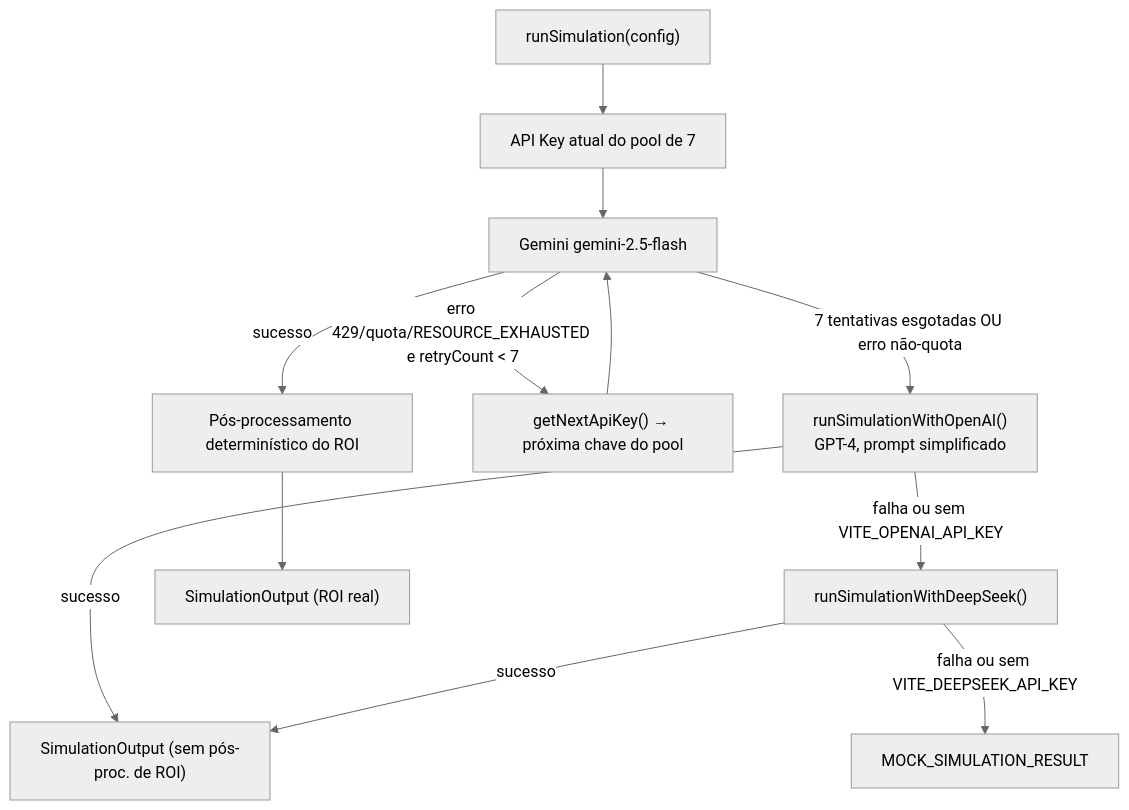
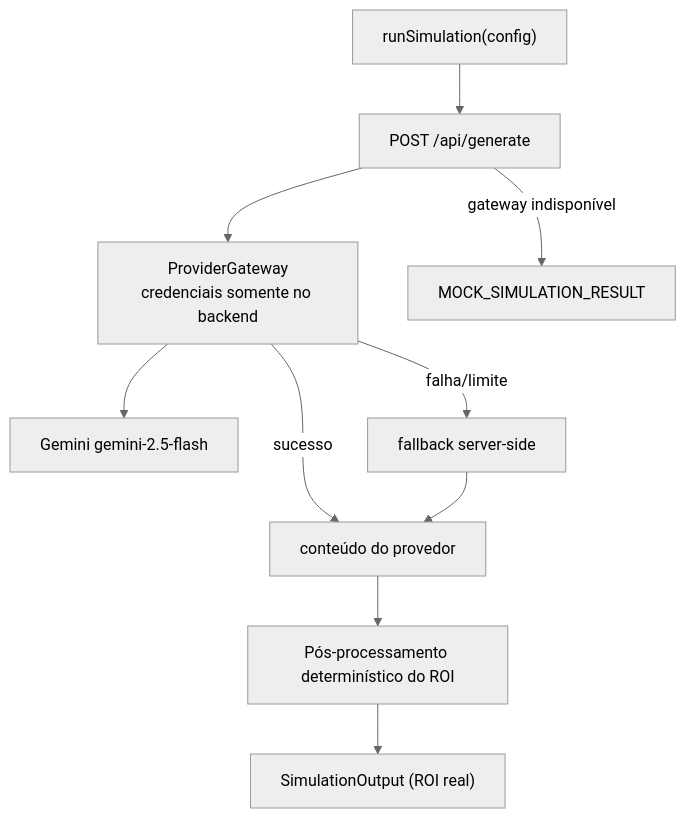
Before and after one commit to andrecodexvictor/Frame-sim: the sixth of 8 diagrams in ARCHITECTURE.md, drawn with Mermaid (neutral theme). The commit also changed other lines of this file and 71 other files, not shown here.

````diff
--- a/ARCHITECTURE.md
+++ b/ARCHITECTURE.md
@@ -281,14 +281,12 @@
 ```mermaid
 flowchart TD
-    Start["runSimulation(config)"] --> Key["API Key atual do pool de 7"]
-    Key --> Call["Gemini gemini-2.5-flash"]
-    Call -->|"sucesso"| PostProc["Pós-processamento determinístico do ROI"]
-    Call -->|"erro 429/quota/RESOURCE_EXHAUSTED e retryCount < 7"| Rotate["getNextApiKey() → próxima chave do pool"]
-    Rotate --> Call
-    Call -->|"7 tentativas esgotadas OU erro não-quota"| OpenAI["runSimulationWithOpenAI()<br/>GPT-4, prompt simplificado"]
-    OpenAI -->|"sucesso"| Result["SimulationOutput (sem pós-proc. de ROI)"]
-    OpenAI -->|"falha ou sem VITE_OPENAI_API_KEY"| DeepSeek["runSimulationWithDeepSeek()"]
-    DeepSeek -->|"sucesso"| Result
-    DeepSeek -->|"falha ou sem VITE_DEEPSEEK_API_KEY"| Mock["MOCK_SIMULATION_RESULT"]
+    Start["runSimulation(config)"] --> Call["POST /api/generate"]
+    Call --> Gateway["ProviderGateway<br/>credenciais somente no backend"]
+    Gateway --> Gemini["Gemini gemini-2.5-flash"]
+    Gateway -->|"sucesso"| CallOK["conteúdo do provedor"]
+    Gateway -->|"falha/limite"| Fallback["fallback server-side"]
+    Fallback --> CallOK
+    CallOK --> PostProc["Pós-processamento determinístico do ROI"]
+    Call -->|"gateway indisponível"| Mock["MOCK_SIMULATION_RESULT"]
     PostProc --> Result2["SimulationOutput (ROI real)"]
 ```
````
